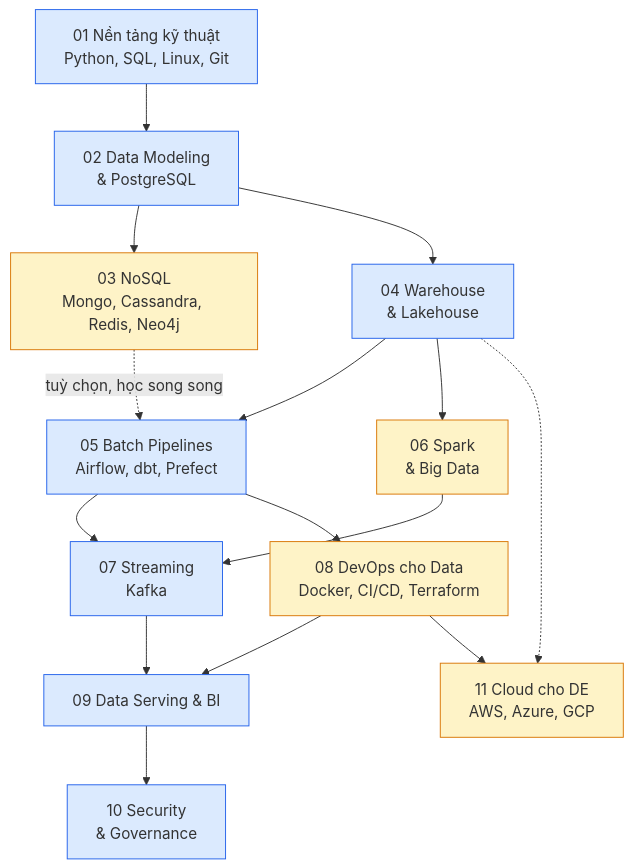
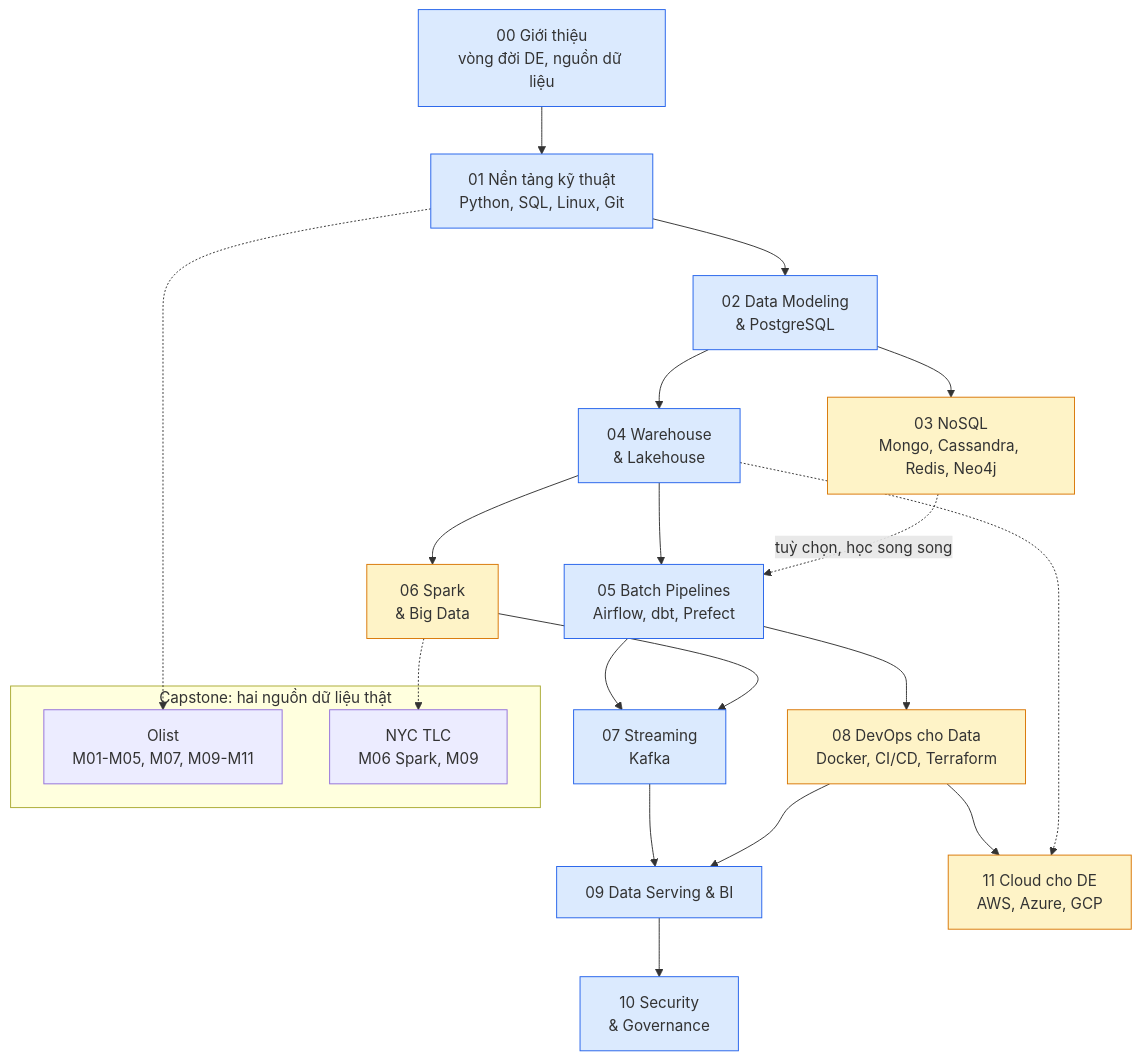
One commit to Buicongbang04/Learning_Platform changed the first of 2 diagrams in tracks/data-engineer/README.md. Above: the diagram before and after it, drawn with Mermaid. The commit also changed other lines of this file and 7 other files, not shown here.

Commit message:
Tài liệu: cập nhật số module/bài (12 module, 102 bài), sơ đồ lộ trình có M00 và hai nguồn capstone, mẫu notebook dữ liệu thật; CLI download_dataset dùng ensure; dọn data/README

````diff
--- a/tracks/data-engineer/README.md
+++ b/tracks/data-engineer/README.md
@@ -33,23 +33,31 @@
 ```mermaid
 flowchart TD
+    M00[00 Giới thiệu<br/>vòng đời DE, nguồn dữ liệu] --> M01
     M01[01 Nền tảng kỹ thuật<br/>Python, SQL, Linux, Git] --> M02[02 Data Modeling<br/>& PostgreSQL]
     M02 --> M03[03 NoSQL<br/>Mongo, Cassandra, Redis, Neo4j]
     M02 --> M04[04 Warehouse<br/>& Lakehouse]
     M04 --> M05[05 Batch Pipelines<br/>Airflow, dbt, Prefect]
     M04 --> M06[06 Spark<br/>& Big Data]
     M05 --> M07[07 Streaming<br/>Kafka]
     M06 --> M07
     M05 --> M08[08 DevOps cho Data<br/>Docker, CI/CD, Terraform]
     M07 --> M09[09 Data Serving & BI]
     M08 --> M09
     M09 --> M10[10 Security<br/>& Governance]
     M08 --> M11[11 Cloud cho DE<br/>AWS, Azure, GCP]
     M04 -.-> M11
 
     M03 -. tuỳ chọn, học song song .-> M05
 
+    subgraph Capstone[Capstone: hai nguồn dữ liệu thật]
+        OL[Olist<br/>M01-M05, M07, M09-M11]
+        TLC[NYC TLC<br/>M06 Spark, M09]
+    end
+    M01 -.-> OL
+    M06 -.-> TLC
+
     classDef core fill:#dbeafe,stroke:#2563eb
     classDef branch fill:#fef3c7,stroke:#d97706
-    class M01,M02,M04,M05,M07,M09,M10 core
+    class M00,M01,M02,M04,M05,M07,M09,M10 core
     class M03,M06,M08,M11 branch
 ```
````
